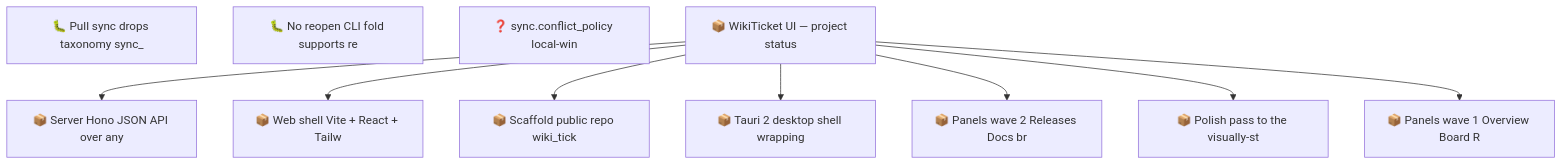
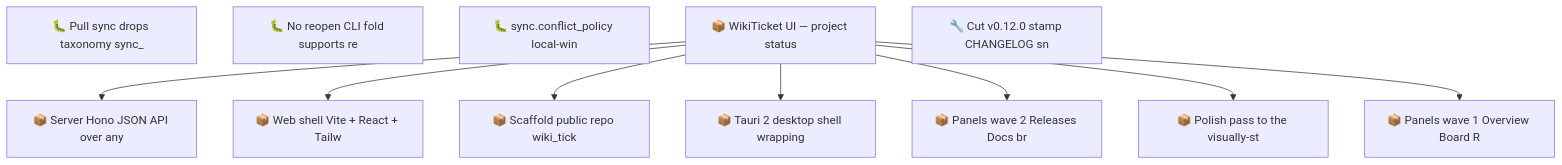
One commit to SpillwaveSolutions/wiki_ticket_sdd changed the second of 2 diagrams in docs/roadmap.md. Above: the diagram before and after it, drawn with Mermaid. The commit also changed other lines of this file and 10 other files, not shown here.

First line of the commit message:
fix: sync taxonomy ingest, reopen CLI, descope conflict auto-resolve

````diff
--- a/docs/roadmap.md
+++ b/docs/roadmap.md
@@ -83,21 +97,22 @@
 ```mermaid
 graph TD
     01KXY8V5WZJ4E76B3D39KW5DCE["🐛 Pull sync drops taxonomy sync_"]
     01KXY8V62QH1H1V70M0Y08ARXX["🐛 No reopen CLI fold supports re"]
-    01KXY8V686YPK4ET2XFB2KW2RX["❓ sync.conflict_policy local-win"]
+    01KXY8V686YPK4ET2XFB2KW2RX["🐛 sync.conflict_policy local-win"]
     01KY111BC71KJGNH55CB2DWMKN["📦 Server Hono JSON API over any"]
     01KY111BC7B70C7M2RF1E57G17["📦 Web shell Vite + React + Tailw"]
     01KY111BC7NJ4BE7JBDK2P6Y56["📦 Scaffold public repo wiki_tick"]
     01KY111BC7PABV8W6SDNVQACSN["📦 WikiTicket UI — project status"]
     01KY111BC842N3J7Y7H85NHSEG["📦 Tauri 2 desktop shell wrapping"]
     01KY111BC88FS6QD49JADZ9CJ5["📦 Panels wave 2 Releases Docs br"]
     01KY111BC8F9BH0T3TERYEFC3C["📦 Polish pass to the visually-st"]
     01KY111BC8QJAS9KH7N368N6RF["📦 Panels wave 1 Overview Board R"]
+    01KY11HDR3A5SR342DHG1BH5AZ["🔧 Cut v0.12.0 stamp CHANGELOG sn"]
     01KY111BC7PABV8W6SDNVQACSN --> 01KY111BC71KJGNH55CB2DWMKN
     01KY111BC7PABV8W6SDNVQACSN --> 01KY111BC7B70C7M2RF1E57G17
     01KY111BC7PABV8W6SDNVQACSN --> 01KY111BC7NJ4BE7JBDK2P6Y56
     01KY111BC7PABV8W6SDNVQACSN --> 01KY111BC842N3J7Y7H85NHSEG
     01KY111BC7PABV8W6SDNVQACSN --> 01KY111BC88FS6QD49JADZ9CJ5
     01KY111BC7PABV8W6SDNVQACSN --> 01KY111BC8F9BH0T3TERYEFC3C
     01KY111BC7PABV8W6SDNVQACSN --> 01KY111BC8QJAS9KH7N368N6RF
 ```
````
